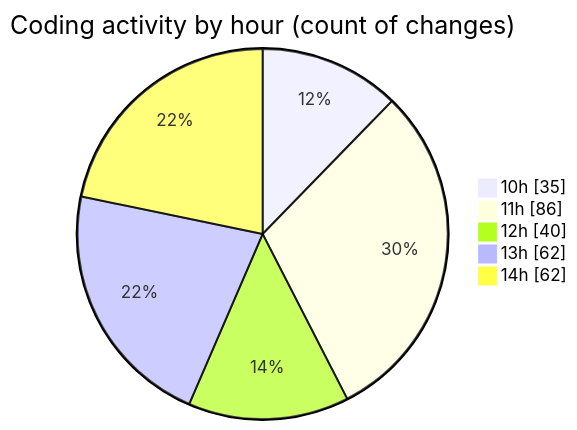
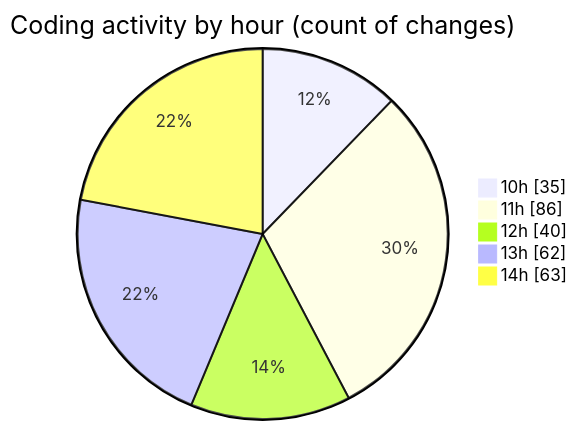
The second of 2 diagrams in 2025-03-28/cda/README.md (momahboobian/code-tracking), drawn with Mermaid before and after one commit. The commit also changed other lines of this file and 1 other file, not shown here.

````diff
--- a/2025-03-28/cda/README.md
+++ b/2025-03-28/cda/README.md
@@ -36,9 +36,9 @@
 ```mermaid
 pie showData
 title Coding activity by hour (count of changes)
 "10h" : 35
 "11h" : 86
 "12h" : 40
 "13h" : 62
-"14h" : 62
+"14h" : 63
 ```
````
